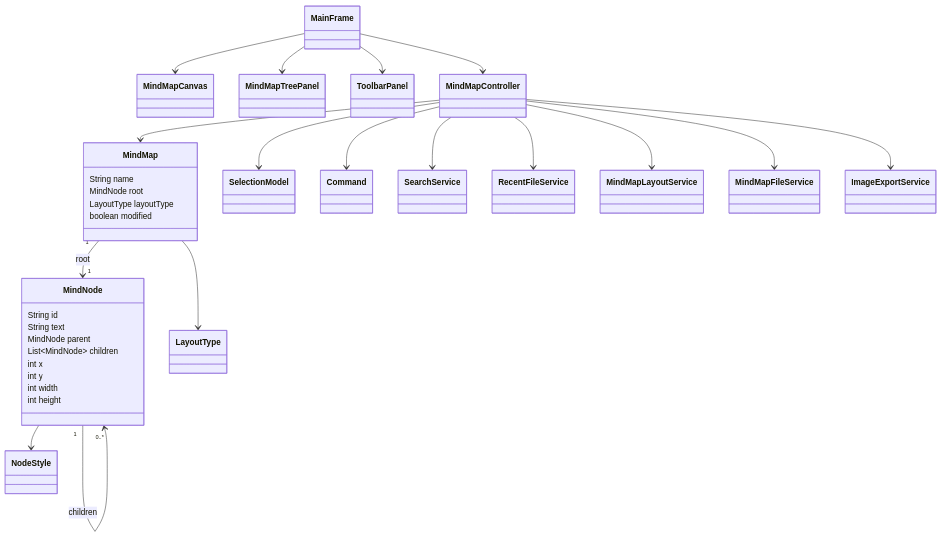
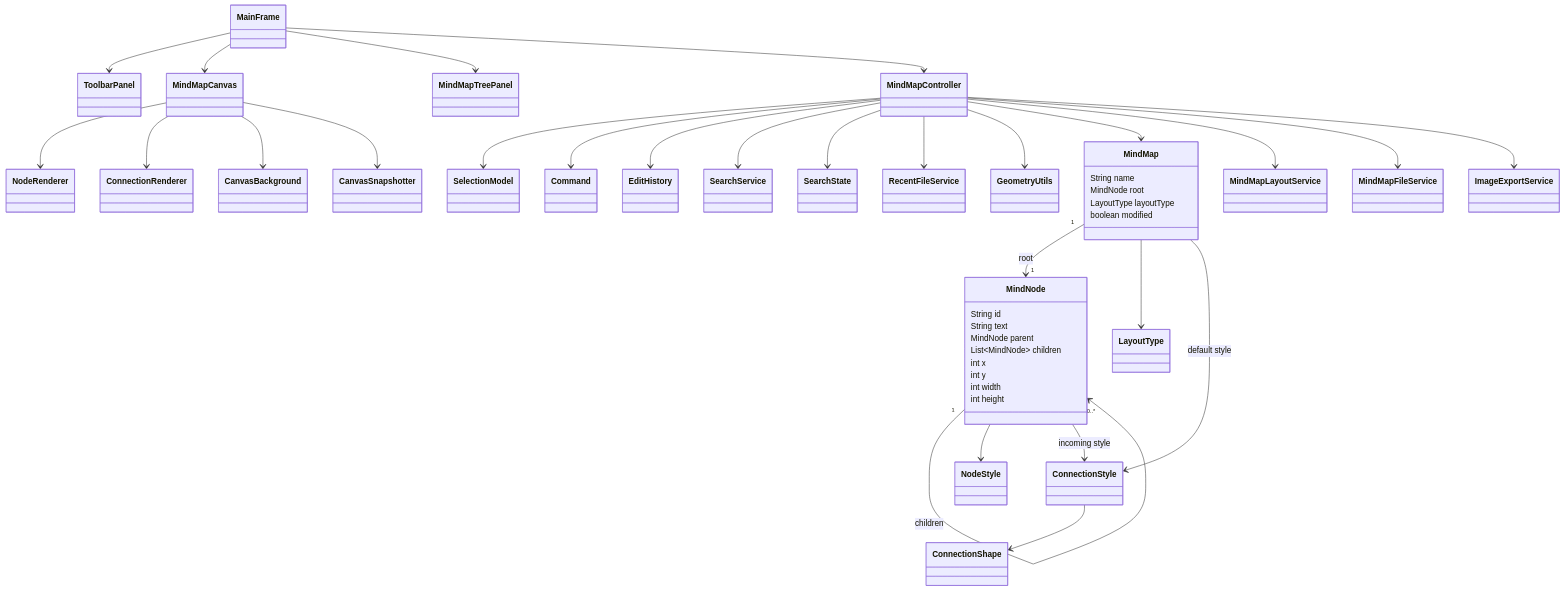
One commit to CZF312/MindMap changed the second of 7 diagrams in 需求分析与详细设计.md. Above: the diagram before and after it, drawn with Mermaid. The commit also changed other lines of this file and 6 other files, not shown here.

````diff
--- a/需求分析与详细设计.md
+++ b/需求分析与详细设计.md
@@ -574,50 +743,69 @@
 ```mermaid
 classDiagram
     class MindMap {
         String name
         MindNode root
         LayoutType layoutType
         boolean modified
     }
     class MindNode {
         String id
         String text
         MindNode parent
         List~MindNode~ children
         int x
         int y
         int width
         int height
     }
     class NodeStyle
+    class ConnectionStyle
+    class ConnectionShape
     class LayoutType
     class MainFrame
     class MindMapCanvas
     class MindMapTreePanel
     class ToolbarPanel
+    class NodeRenderer
+    class ConnectionRenderer
+    class CanvasBackground
+    class CanvasSnapshotter
     class MindMapController
     class SelectionModel
     class Command
     class SearchService
+    class SearchState
     class RecentFileService
+    class EditHistory
+    class GeometryUtils
     class MindMapLayoutService
     class MindMapFileService
     class ImageExportService
 
     MindMap "1" --> "1" MindNode : root
     MindNode "1" --> "0..*" MindNode : children
     MindNode --> NodeStyle
+    MindNode --> ConnectionStyle : incoming style
+    ConnectionStyle --> ConnectionShape
     MindMap --> LayoutType
+    MindMap --> ConnectionStyle : default style
     MindMapController --> SelectionModel
     MindMapController --> Command
+    MindMapController --> EditHistory
     MindMapController --> SearchService
+    MindMapController --> SearchState
     MindMapController --> RecentFileService
+    MindMapController --> GeometryUtils
     MainFrame --> ToolbarPanel
     MainFrame --> MindMapCanvas
     MainFrame --> MindMapTreePanel
     MainFrame --> MindMapController
+    MindMapCanvas --> NodeRenderer
+    MindMapCanvas --> ConnectionRenderer
+    MindMapCanvas --> CanvasBackground
+    MindMapCanvas --> CanvasSnapshotter
     MindMapController --> MindMap
     MindMapController --> MindMapLayoutService
     MindMapController --> MindMapFileService
     MindMapController --> ImageExportService
 ```
````
